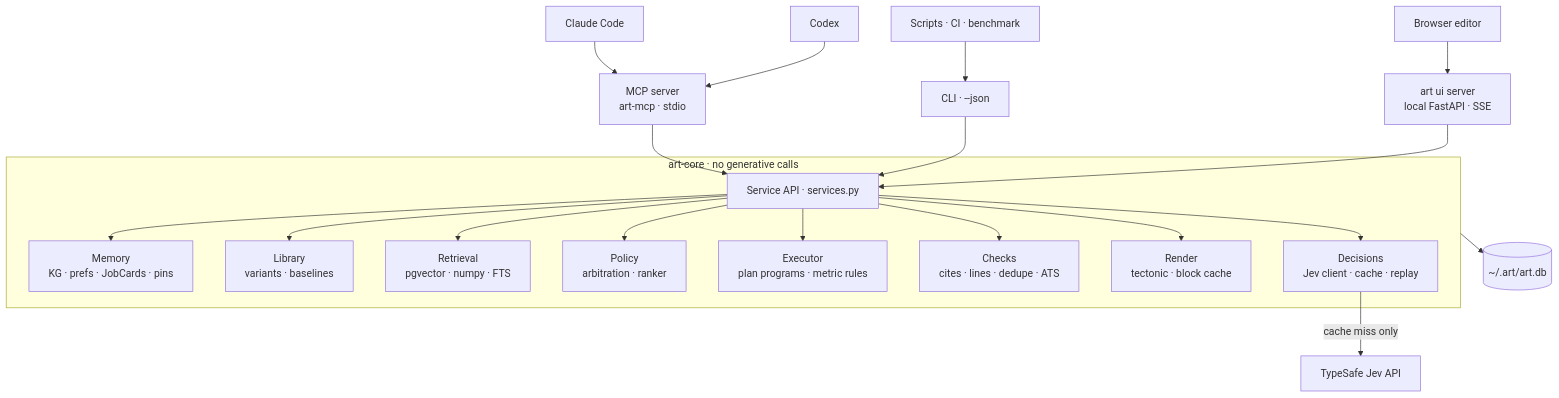
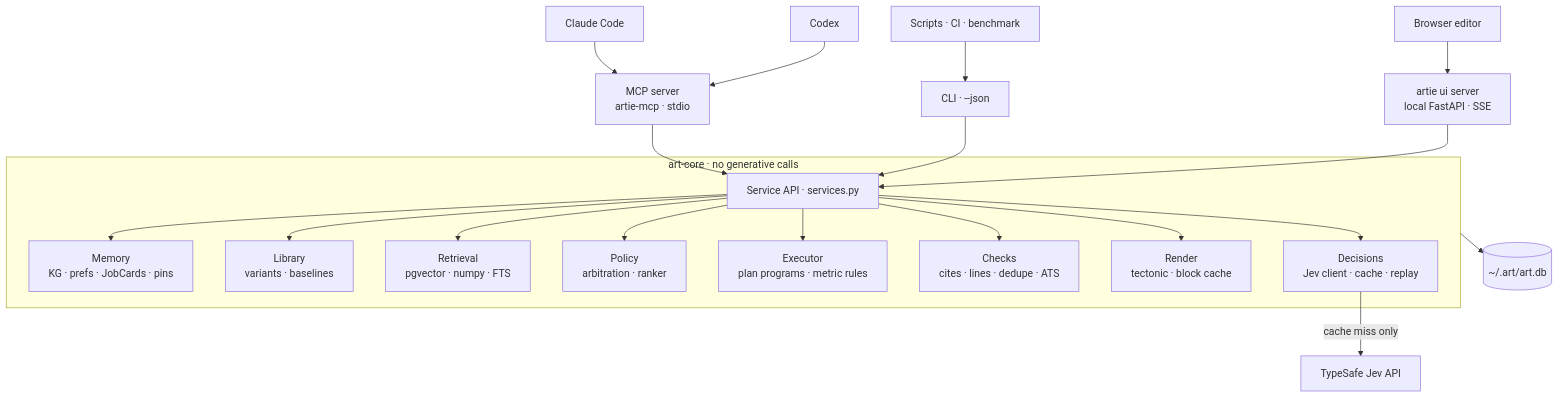
One commit to nathansso/agentic_resume_tailoring changed the second of 6 diagrams in docs/harness.md. Above: the diagram before and after it, drawn with Mermaid. The commit also changed other lines of this file and 82 other files, not shown here.

First line of the commit message:
feat(harness): rename art to artie and release v0.2.0 (#395)

````diff
--- a/docs/harness.md
+++ b/docs/harness.md
@@ -169,23 +171,23 @@
 ```mermaid
 flowchart TB
-    CC[Claude Code] --> MCP[MCP server<br/>art-mcp · stdio]
+    CC[Claude Code] --> MCP[MCP server<br/>artie-mcp · stdio]
     CX[Codex] --> MCP
     SC[Scripts · CI · benchmark] --> CLI[CLI · --json]
-    BR[Browser editor] --> UI[art ui server<br/>local FastAPI · SSE]
+    BR[Browser editor] --> UI[artie ui server<br/>local FastAPI · SSE]
     subgraph core[art-core · no generative calls]
         SVC[Service API · services.py]
         SVC --> MEM[Memory<br/>KG · prefs · JobCards · pins]
         SVC --> LIB[Library<br/>variants · baselines]
         SVC --> RET[Retrieval<br/>pgvector · numpy · FTS]
         SVC --> POL[Policy<br/>arbitration · ranker]
         SVC --> EXE[Executor<br/>plan programs · metric rules]
         SVC --> CHK[Checks<br/>cites · lines · dedupe · ATS]
         SVC --> REN[Render<br/>tectonic · block cache]
         SVC --> DEC[Decisions<br/>Jev client · cache · replay]
     end
     MCP --> SVC
     CLI --> SVC
     UI --> SVC
     core --> DB[(~/.art/art.db)]
     DEC -->|cache miss only| JEV[TypeSafe Jev API]
 ```
````
